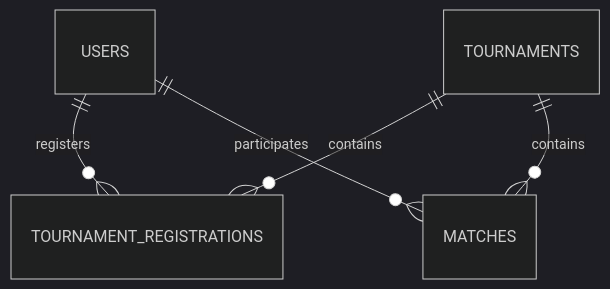
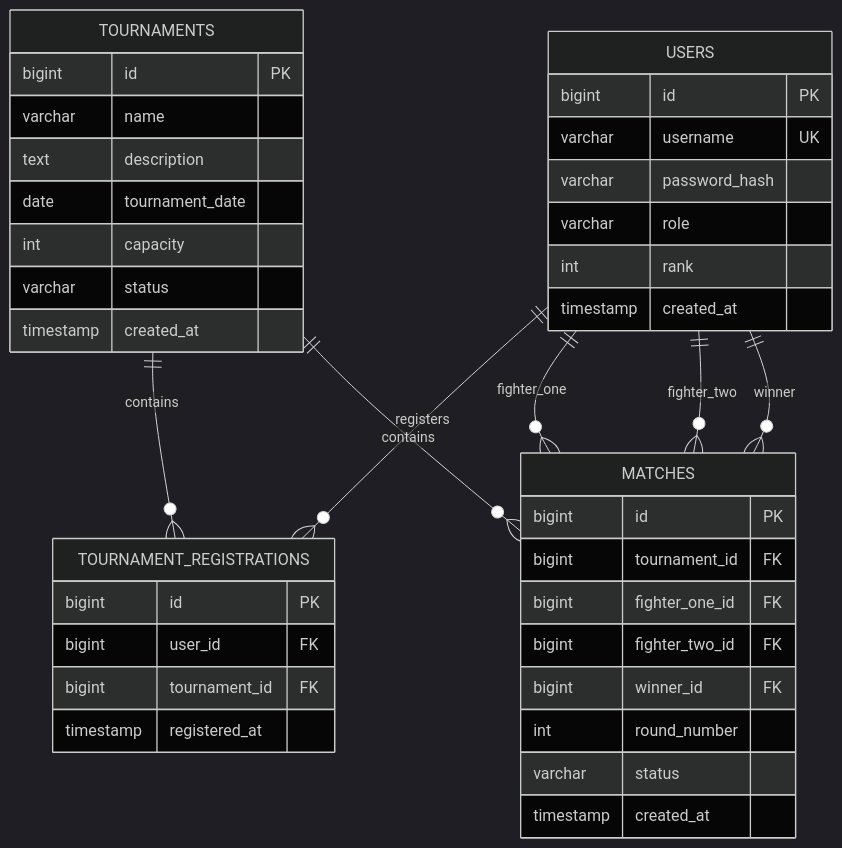
One commit to Oussama-Ait-Youss/JAVA---Roadmap-Cheat-Sheet- changed the sixth of 6 diagrams in README.md. Above: the diagram before and after it, drawn with Mermaid (dark theme). The commit also changed other lines of this file, not shown here.

Commit message:
second version of the roadmap

````diff
--- a/README.md
+++ b/README.md
@@ -4902,11 +4787,46 @@
 ```mermaid
 erDiagram
+    USERS ||--o{ TOURNAMENT_REGISTRATIONS : registers
+    TOURNAMENTS ||--o{ TOURNAMENT_REGISTRATIONS : contains
+    TOURNAMENTS ||--o{ MATCHES : contains
+    USERS ||--o{ MATCHES : fighter_one
+    USERS ||--o{ MATCHES : fighter_two
+    USERS ||--o{ MATCHES : winner
 
-    USERS ||--o{ TOURNAMENT_REGISTRATIONS : registers
+    USERS {
+        bigint id PK
+        varchar username UK
+        varchar password_hash
+        varchar role
+        int rank
+        timestamp created_at
+    }
 
-    TOURNAMENTS ||--o{ TOURNAMENT_REGISTRATIONS : contains
+    TOURNAMENTS {
+        bigint id PK
+        varchar name
+        text description
+        date tournament_date
+        int capacity
+        varchar status
+        timestamp created_at
+    }
 
-    TOURNAMENTS ||--o{ MATCHES : contains
+    TOURNAMENT_REGISTRATIONS {
+        bigint id PK
+        bigint user_id FK
+        bigint tournament_id FK
+        timestamp registered_at
+    }
 
-    USERS ||--o{ MATCHES : participates
+    MATCHES {
+        bigint id PK
+        bigint tournament_id FK
+        bigint fighter_one_id FK
+        bigint fighter_two_id FK
+        bigint winner_id FK
+        int round_number
+        varchar status
+        timestamp created_at
+    }
 ```
````
